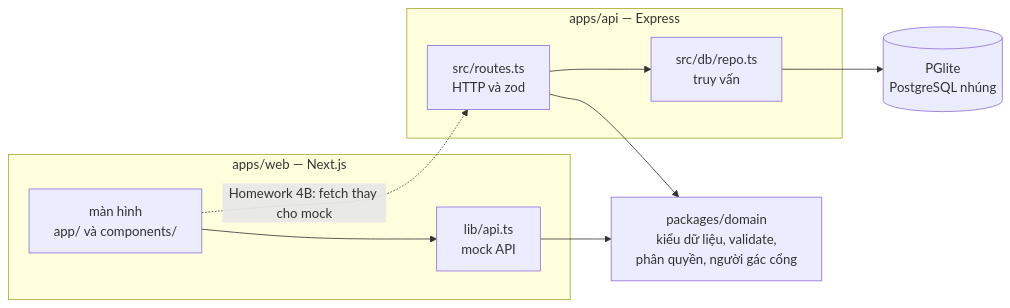
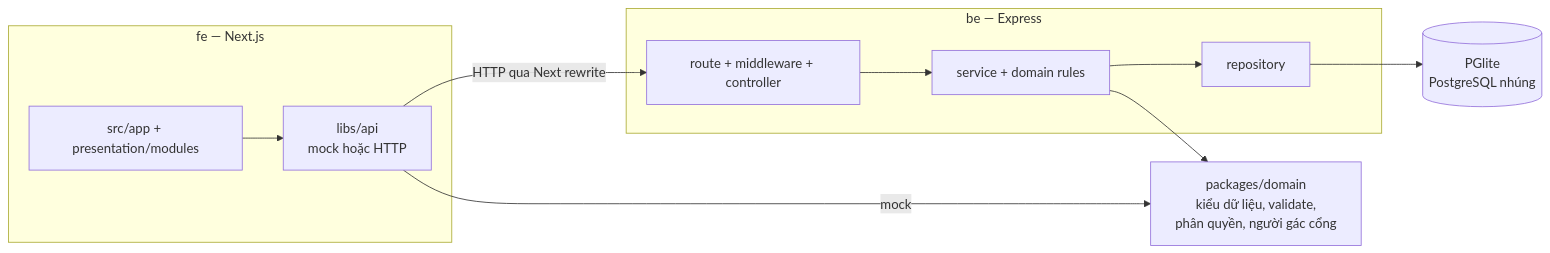
Before and after one commit to Ntpminzu/GomNang: the fifth of 5 diagrams in docs/architecture.md, drawn with Mermaid. The commit also changed other lines of this file and 33 other files, not shown here.

````diff
--- a/docs/architecture.md
+++ b/docs/architecture.md
@@ -210,20 +210,22 @@
 ```mermaid
 flowchart LR
-    subgraph WEB["apps/web — Next.js"]
-        PAGES["màn hình<br/>app/ và components/"]
-        MOCK["lib/api.ts<br/>mock API"]
+    subgraph WEB["fe — Next.js"]
+        PAGES["src/app + presentation/modules"]
+        ADAPTER["libs/api<br/>mock hoặc HTTP"]
     end
-    subgraph API["apps/api — Express"]
-        ROUTES["src/routes.ts<br/>HTTP và zod"]
-        REPO["src/db/repo.ts<br/>truy vấn"]
+    subgraph API["be — Express"]
+        ROUTES["route + middleware + controller"]
+        SERVICE["service + domain rules"]
+        REPO["repository"]
     end
     DOMAIN["packages/domain<br/>kiểu dữ liệu, validate,<br/>phân quyền, người gác cổng"]
     DB[("PGlite<br/>PostgreSQL nhúng")]
 
-    PAGES --> MOCK
-    MOCK --> DOMAIN
-    ROUTES --> DOMAIN
-    ROUTES --> REPO
+    PAGES --> ADAPTER
+    ADAPTER -->|"mock"| DOMAIN
+    ADAPTER -->|"HTTP qua Next rewrite"| ROUTES
+    ROUTES --> SERVICE
+    SERVICE --> DOMAIN
+    SERVICE --> REPO
     REPO --> DB
-    PAGES -.->|"Homework 4B: fetch thay cho mock"| ROUTES
 ```
````
